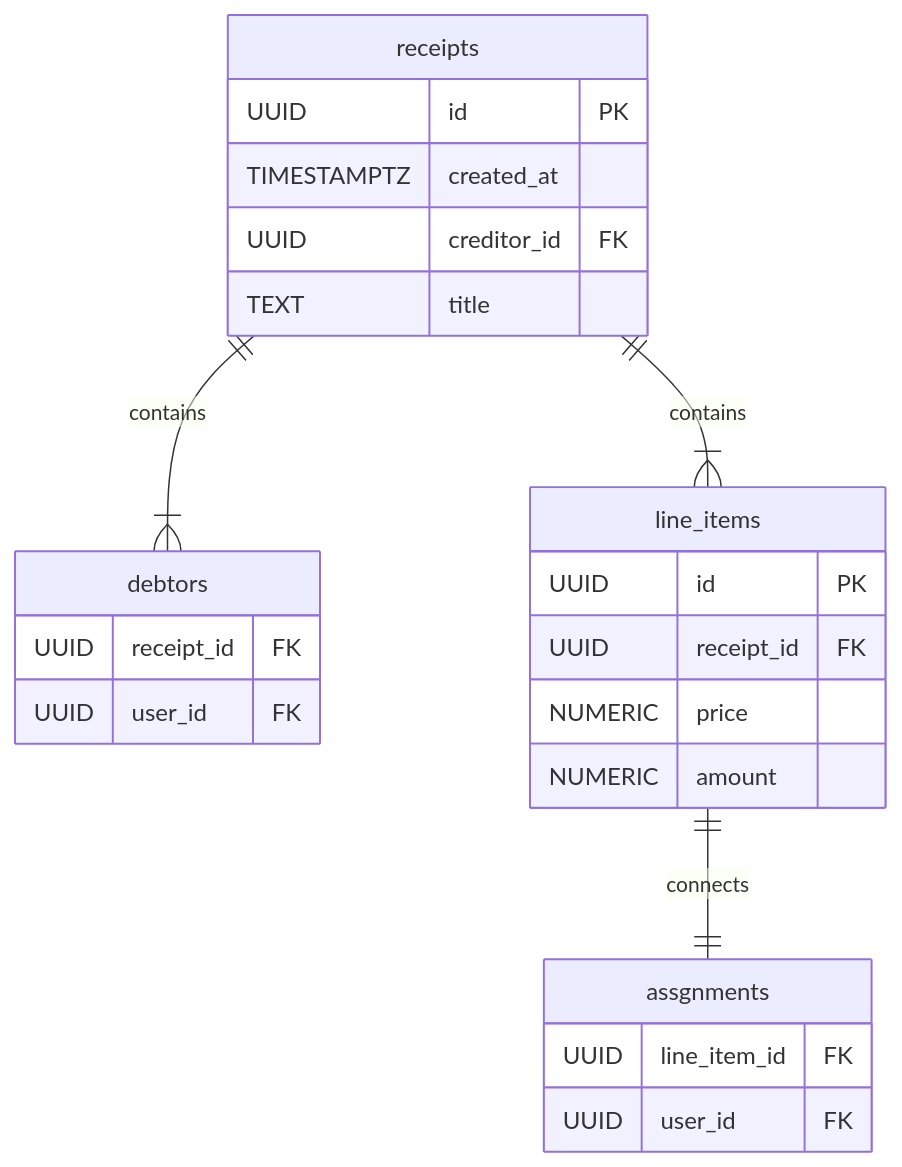
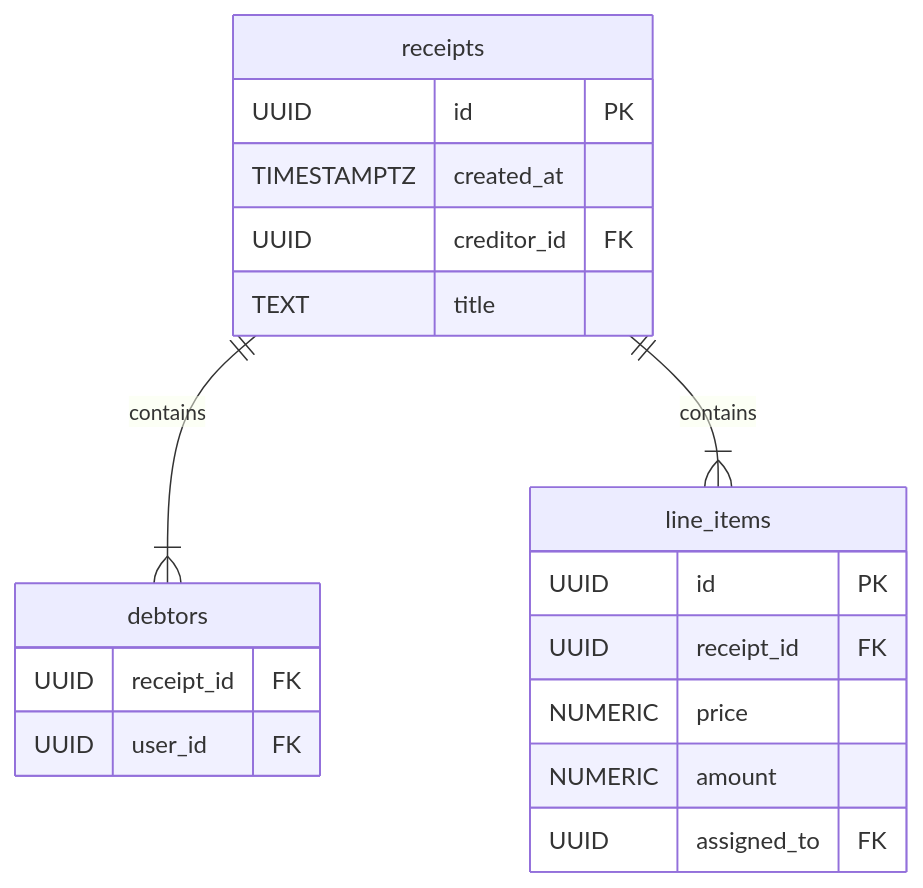
One commit to BeaverNotACat/receipt-splitting-bot changed the diagram in docs/database_choosing.md. Above: the diagram before and after it, drawn with Mermaid. The commit also changed 5 other files, not shown here.

````diff
--- a/docs/database_choosing.md
+++ b/docs/database_choosing.md
@@ -20,29 +20,24 @@
 ```mermaid
 erDiagram
     receipts {
         UUID id PK
         TIMESTAMPTZ created_at
         UUID creditor_id FK
         TEXT title
     }
     receipts ||--|{ debtors: contains
     receipts ||--|{ line_items: contains
     
     debtors {
 	    UUID receipt_id FK
 	    UUID user_id FK
     }
     
     line_items {
         UUID id PK
         UUID receipt_id FK
         NUMERIC price
         NUMERIC amount
-    }
-    line_items ||--|| assgnments: connects
-    
-    assgnments {
-    UUID line_item_id FK
-    UUID user_id FK
+        UUID assigned_to FK
     }
 ```
````
